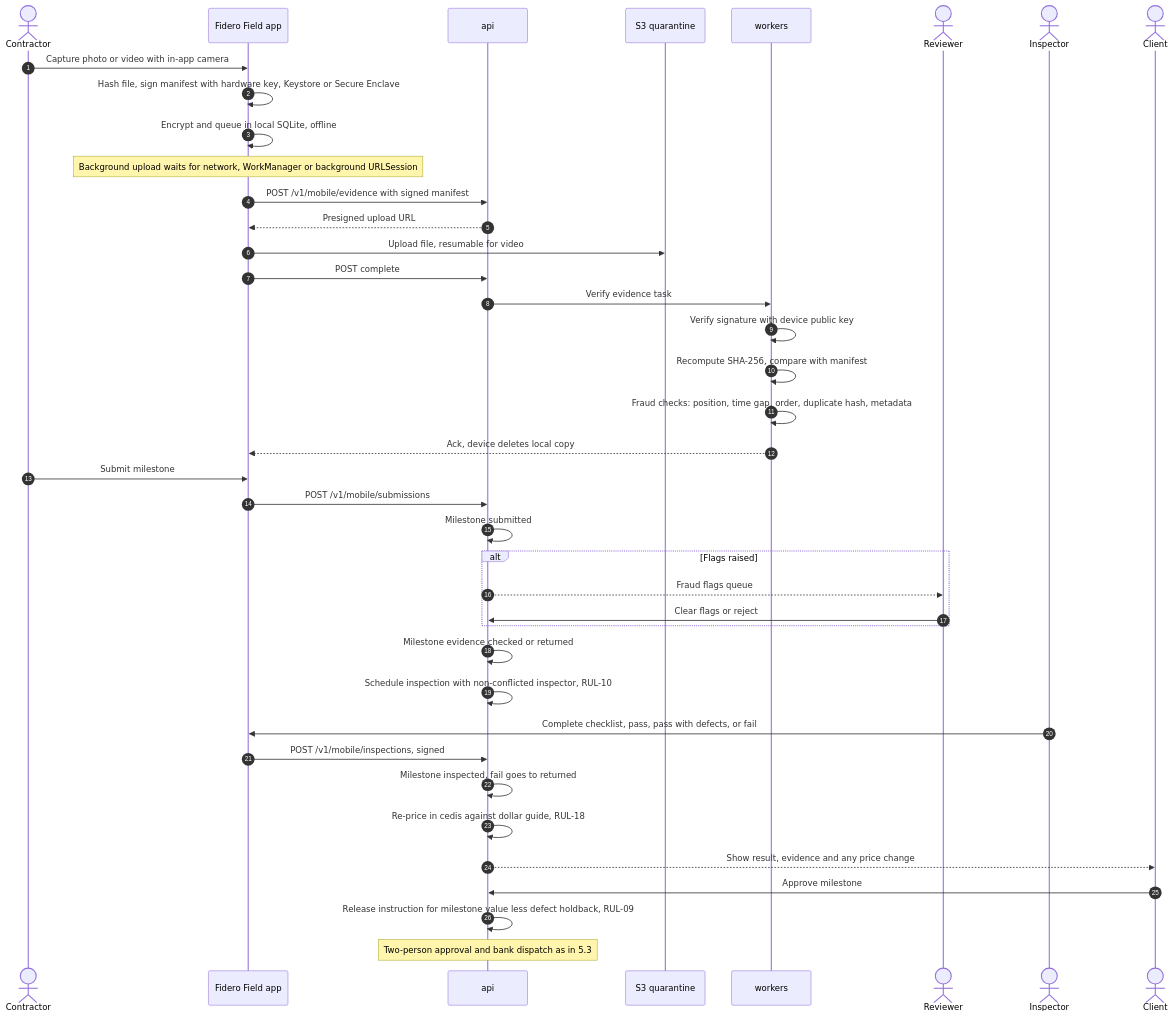
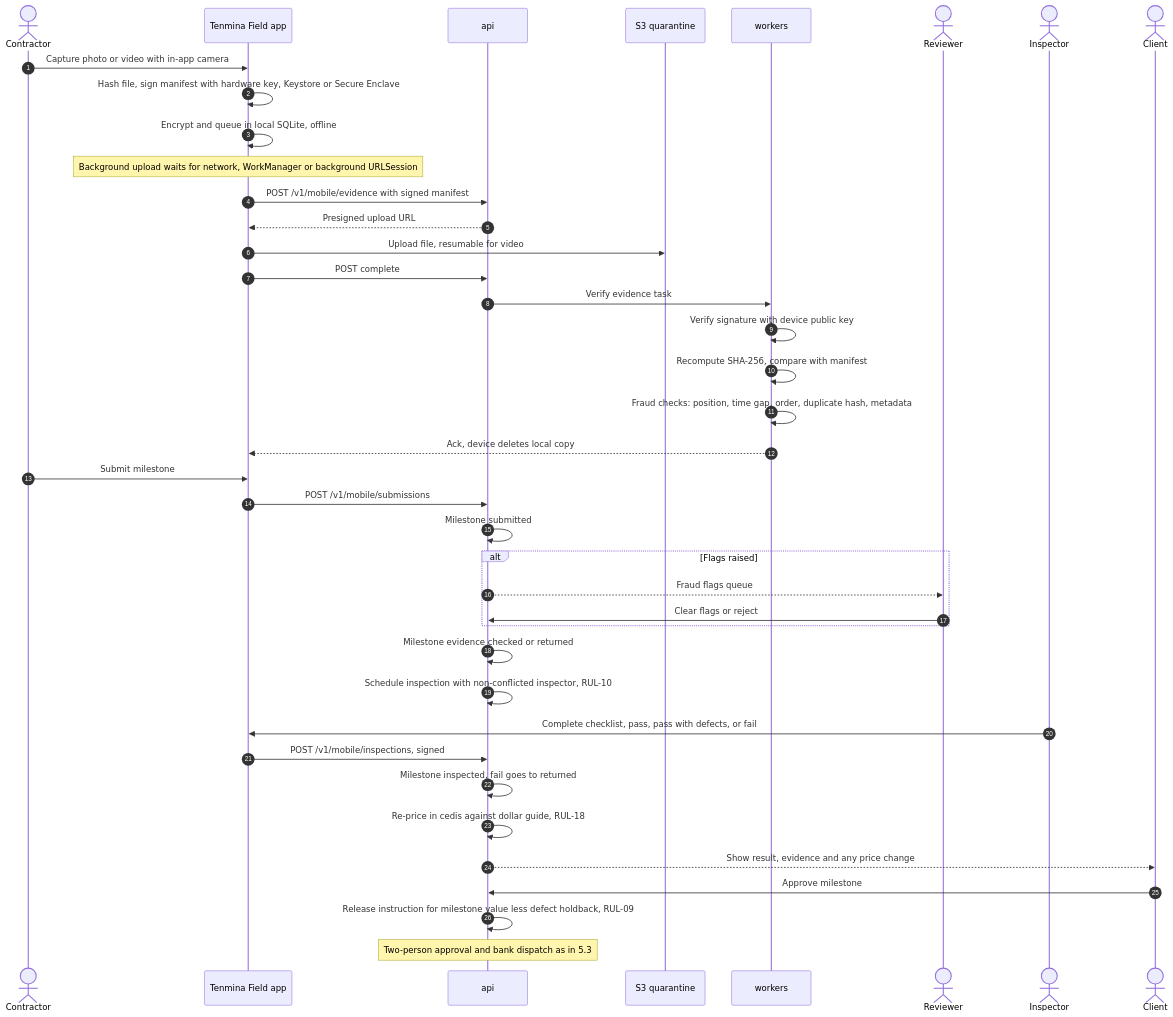
The seventh of 16 diagrams in docs/specs/02-architecture-and-technical-design.md (1SteveMens/Fidero), drawn with Mermaid before and after one commit. The commit also changed other lines of this file and 90 other files, not shown here.

First line of the commit message:
Rename Fidero to Tenmina

````diff
--- a/docs/specs/02-architecture-and-technical-design.md
+++ b/docs/specs/02-architecture-and-technical-design.md
@@ -715,42 +715,42 @@
 ```mermaid
 sequenceDiagram
     autonumber
     actor Ct as Contractor
-    participant App as Fidero Field app
+    participant App as Tenmina Field app
     participant A as api
     participant S3 as S3 quarantine
     participant W as workers
     actor R as Reviewer
     actor I as Inspector
     actor Cl as Client
     Ct->>App: Capture photo or video with in-app camera
     App->>App: Hash file, sign manifest with hardware key, Keystore or Secure Enclave
     App->>App: Encrypt and queue in local SQLite, offline
     Note over App: Background upload waits for network, WorkManager or background URLSession
     App->>A: POST /v1/mobile/evidence with signed manifest
     A-->>App: Presigned upload URL
     App->>S3: Upload file, resumable for video
     App->>A: POST complete
     A->>W: Verify evidence task
     W->>W: Verify signature with device public key
     W->>W: Recompute SHA-256, compare with manifest
     W->>W: Fraud checks: position, time gap, order, duplicate hash, metadata
     W-->>App: Ack, device deletes local copy
     Ct->>App: Submit milestone
     App->>A: POST /v1/mobile/submissions
     A->>A: Milestone submitted
     alt Flags raised
         A-->>R: Fraud flags queue
         R->>A: Clear flags or reject
     end
     A->>A: Milestone evidence checked or returned
     A->>A: Schedule inspection with non-conflicted inspector, RUL-10
     I->>App: Complete checklist, pass, pass with defects, or fail
     App->>A: POST /v1/mobile/inspections, signed
     A->>A: Milestone inspected, fail goes to returned
     A->>A: Re-price in cedis against dollar guide, RUL-18
     A-->>Cl: Show result, evidence and any price change
     Cl->>A: Approve milestone
     A->>A: Release instruction for milestone value less defect holdback, RUL-09
     Note over A: Two-person approval and bank dispatch as in 5.3
 ```
````
